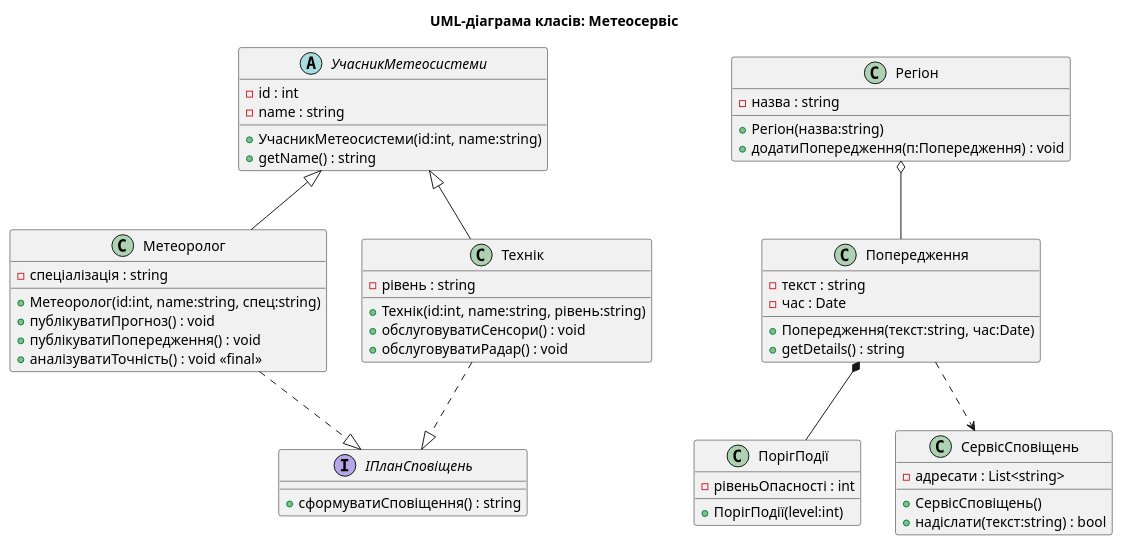
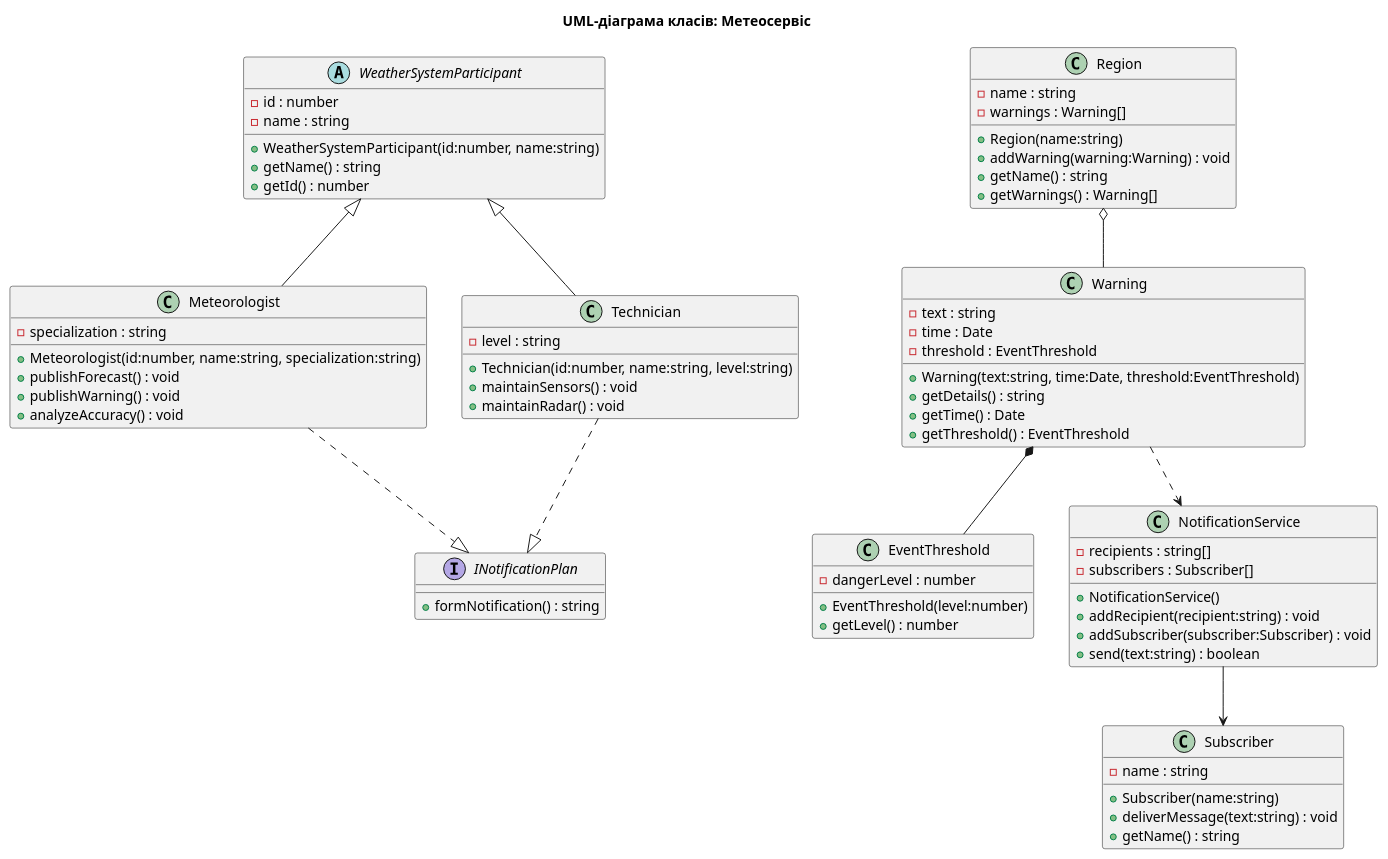
One commit to MartynenkoMS/INDZ changed the diagram in docs/class.puml. Above: the diagram before and after it, drawn with PlantUML. The commit also changed 4 other files, not shown here.

```diff
--- a/docs/class.puml
+++ b/docs/class.puml
@@ -1,63 +1,82 @@
 @startuml
 title UML-діаграма класів: Метеосервіс
 
-abstract class УчасникМетеосистеми {
-  - id : int
+abstract class WeatherSystemParticipant {
+  - id : number
   - name : string
-  + УчасникМетеосистеми(id:int, name:string)
+  + WeatherSystemParticipant(id:number, name:string)
+  + getName() : string
+  + getId() : number
+}
+
+interface INotificationPlan {
+  + formNotification() : string
+}
+
+class Meteorologist {
+  - specialization : string
+  + Meteorologist(id:number, name:string, specialization:string)
+  + publishForecast() : void
+  + publishWarning() : void
+  + analyzeAccuracy() : void
+}
+
+class Technician {
+  - level : string
+  + Technician(id:number, name:string, level:string)
+  + maintainSensors() : void
+  + maintainRadar() : void
+}
+
+class Warning {
+  - text : string
+  - time : Date
+  - threshold : EventThreshold
+  + Warning(text:string, time:Date, threshold:EventThreshold)
+  + getDetails() : string
+  + getTime() : Date
+  + getThreshold() : EventThreshold
+}
+
+class EventThreshold {
+  - dangerLevel : number
+  + EventThreshold(level:number)
+  + getLevel() : number
+}
+
+class Region {
+  - name : string
+  - warnings : Warning[]
+  + Region(name:string)
+  + addWarning(warning:Warning) : void
+  + getName() : string
+  + getWarnings() : Warning[]
+}
+
+class Subscriber {
+  - name : string
+  + Subscriber(name:string)
+  + deliverMessage(text:string) : void
   + getName() : string
 }
 
-interface IПланСповіщень {
-  + сформуватиСповіщення() : string
+class NotificationService {
+  - recipients : string[]
+  - subscribers : Subscriber[]
+  + NotificationService()
+  + addRecipient(recipient:string) : void
+  + addSubscriber(subscriber:Subscriber) : void
+  + send(text:string) : boolean
 }
 
-class Метеоролог {
-  - спеціалізація : string
-  + Метеоролог(id:int, name:string, спец:string)
-  + публікуватиПрогноз() : void
-  + публікуватиПопередження() : void
-  + аналізуватиТочність() : void <<final>>
-}
+WeatherSystemParticipant <|-- Meteorologist
+WeatherSystemParticipant <|-- Technician
 
-class Технік {
-  - рівень : string
-  + Технік(id:int, name:string, рівень:string)
-  + обслуговуватиСенсори() : void
-  + обслуговуватиРадар() : void
-}
+Meteorologist ..|> INotificationPlan
+Technician ..|> INotificationPlan
 
-class Попередження {
-  - текст : string
-  - час : Date
-  + Попередження(текст:string, час:Date)
-  + getDetails() : string
-}
-
-class ПорігПодії {
-  - рівеньОпасності : int
-  + ПорігПодії(level:int)
-}
-
-class Регіон {
-  - назва : string
-  + Регіон(назва:string)
-  + додатиПопередження(п:Попередження) : void
-}
-
-class СервісСповіщень {
-  - адресати : List<string>
-  + СервісСповіщень()
-  + надіслати(текст:string) : bool
-}
-
-УчасникМетеосистеми <|-- Метеоролог
-УчасникМетеосистеми <|-- Технік
-
-Метеоролог ..|> IПланСповіщень
-Технік ..|> IПланСповіщень
-
-Попередження ..> СервісСповіщень
-Регіон o-- Попередження
-Попередження *-- ПорігПодії
+Warning *-- EventThreshold
+Region o-- Warning
+Warning ..> NotificationService
+NotificationService --> Subscriber
 @enduml
```
